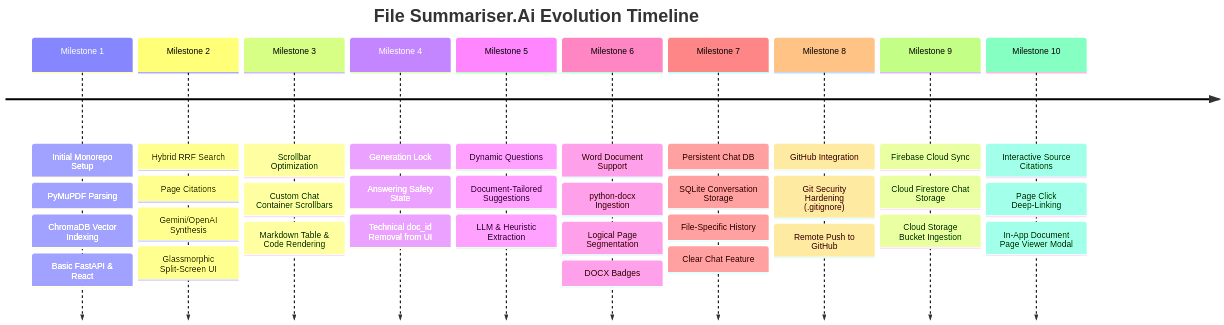
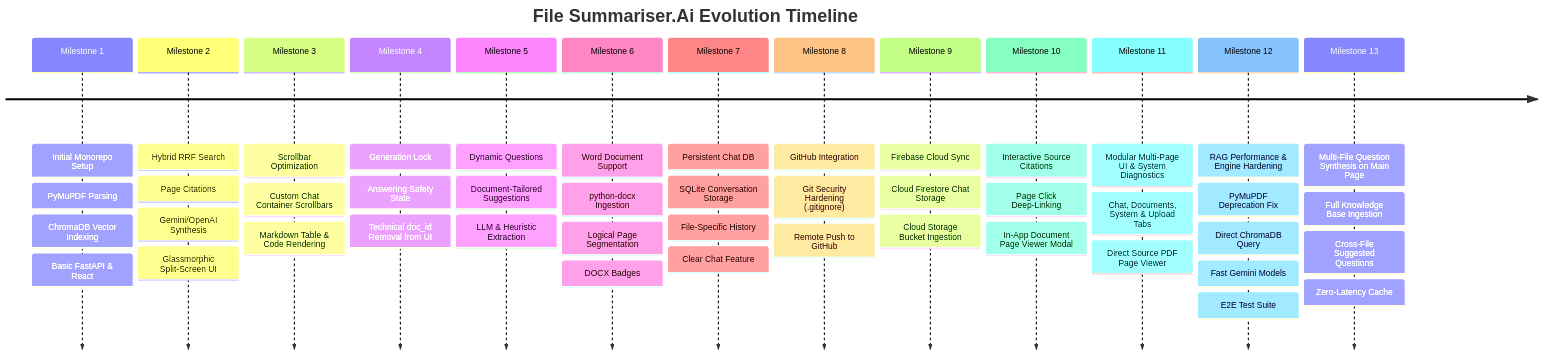
The diagram in PROJECT_CHANGELOG.md (Nandu707/File-Summariser.Ai), drawn with Mermaid before and after one commit. The commit also changed other lines of this file and 9 other files, not shown here.

Commit message:
feat: multi-document question synthesis on main page, zero-latency caching, and full documentation update

````diff
--- a/PROJECT_CHANGELOG.md
+++ b/PROJECT_CHANGELOG.md
@@ -9,14 +9,17 @@
 ```mermaid
 timeline
     title File Summariser.Ai Evolution Timeline
     Milestone 1 : Initial Monorepo Setup : PyMuPDF Parsing : ChromaDB Vector Indexing : Basic FastAPI & React
     Milestone 2 : Hybrid RRF Search : Page Citations : Gemini/OpenAI Synthesis : Glassmorphic Split-Screen UI
     Milestone 3 : Scrollbar Optimization : Custom Chat Container Scrollbars : Markdown Table & Code Rendering
     Milestone 4 : Generation Lock : Answering Safety State : Technical doc_id Removal from UI
     Milestone 5 : Dynamic Questions : Document-Tailored Suggestions : LLM & Heuristic Extraction
     Milestone 6 : Word Document Support : python-docx Ingestion : Logical Page Segmentation : DOCX Badges
     Milestone 7 : Persistent Chat DB : SQLite Conversation Storage : File-Specific History : Clear Chat Feature
     Milestone 8 : GitHub Integration : Git Security Hardening (.gitignore) : Remote Push to GitHub
     Milestone 9 : Firebase Cloud Sync : Cloud Firestore Chat Storage : Cloud Storage Bucket Ingestion
     Milestone 10 : Interactive Source Citations : Page Click Deep-Linking : In-App Document Page Viewer Modal
+    Milestone 11 : Modular Multi-Page UI & System Diagnostics : Chat, Documents, System & Upload Tabs : Direct Source PDF Page Viewer
+    Milestone 12 : RAG Performance & Engine Hardening : PyMuPDF Deprecation Fix : Direct ChromaDB Query : Fast Gemini Models : E2E Test Suite
+    Milestone 13 : Multi-File Question Synthesis on Main Page : Full Knowledge Base Ingestion : Cross-File Suggested Questions : Zero-Latency Cache
 ```
````
